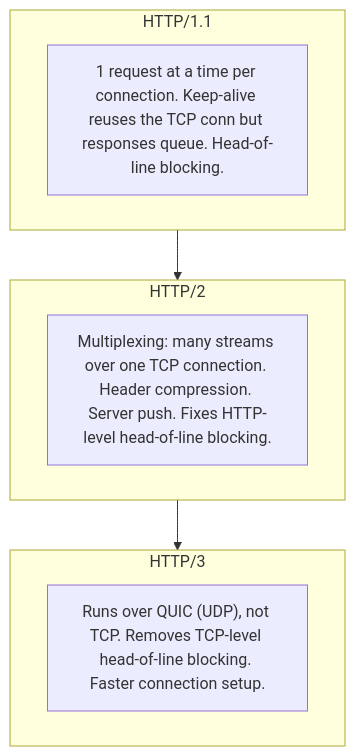
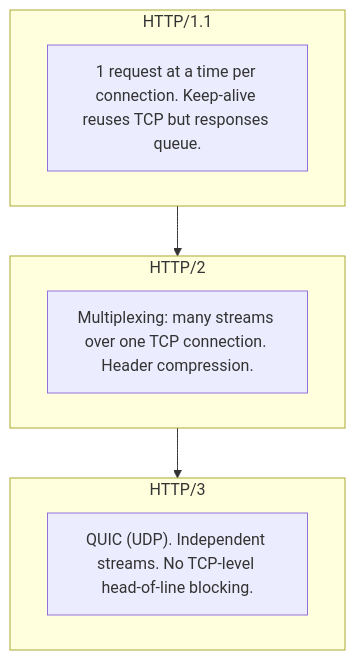
Before and after one commit to ashishxcode/frontend-internals: the first of 3 diagrams in packages/content/content/13-networking-http.mdx, drawn with Mermaid. The commit also changed other lines of this file and 34 other files, not shown here.

````diff
--- a/packages/content/content/13-networking-http.mdx
+++ b/packages/content/content/13-networking-http.mdx
@@ -32,13 +24,13 @@
 ```mermaid
 flowchart TB
   subgraph h1["HTTP/1.1"]
-    a["1 request at a time per connection. Keep-alive reuses the TCP conn but responses queue. Head-of-line blocking."]
+    a["1 request at a time per connection. Keep-alive reuses TCP but responses queue."]
   end
   subgraph h2["HTTP/2"]
-    b["Multiplexing: many streams over one TCP connection. Header compression. Server push. Fixes HTTP-level head-of-line blocking."]
+    b["Multiplexing: many streams over one TCP connection. Header compression."]
   end
   subgraph h3["HTTP/3"]
-    c["Runs over QUIC (UDP), not TCP. Removes TCP-level head-of-line blocking. Faster connection setup."]
+    c["QUIC (UDP). Independent streams. No TCP-level head-of-line blocking."]
   end
   h1 --> h2 --> h3
 ```
````
